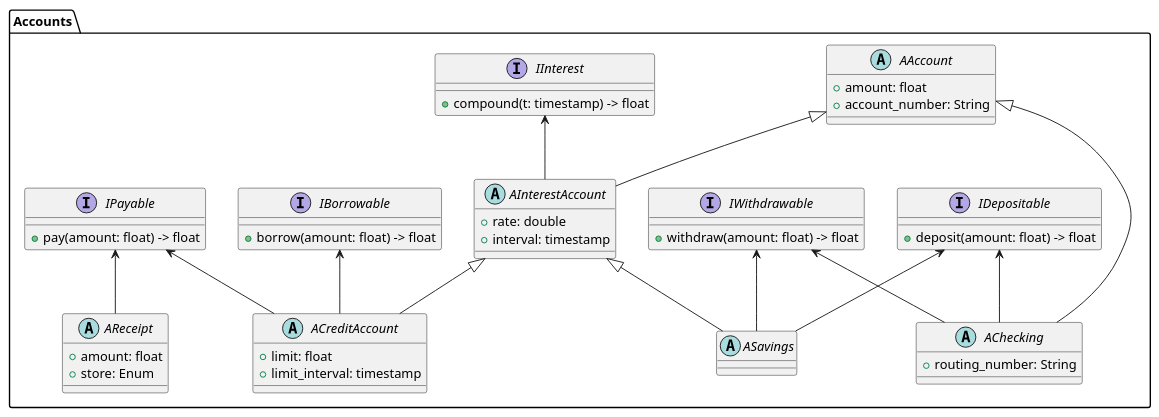
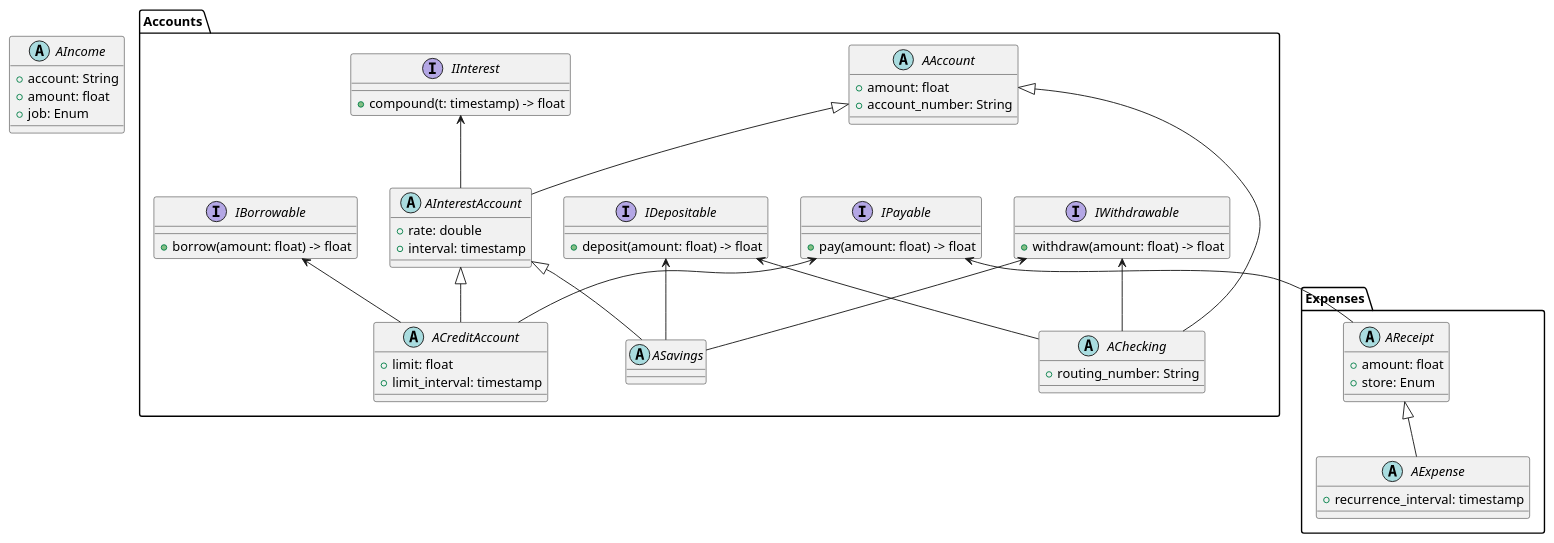
Before and after one commit to aaron-jencks/budget_LabVIEW: the diagram in object_model.puml, drawn with PlantUML. The commit also changed 1 other file, not shown here.

```diff
--- a/object_model.puml
+++ b/object_model.puml
@@ -1,66 +1,80 @@
 @startuml
 package Accounts {
     interface IDepositable {
     + deposit(amount: float) -> float
     }
 
     interface IWithdrawable {
     + withdraw(amount: float) -> float
     }
 
     interface IPayable {
     + pay(amount: float) -> float
     }
 
     interface IBorrowable {
     + borrow(amount: float) -> float
     }
 
     abstract class AAccount {
     + amount: float
     + account_number: String
     }
 
     interface IInterest {
     + compound(t: timestamp) -> float
     }
 
     abstract class AInterestAccount {
     + rate: double
     + interval: timestamp
     }
 
     IInterest <-- AInterestAccount
     AAccount <|-- AInterestAccount
 
     abstract class ACreditAccount {
     + limit: float
     + limit_interval: timestamp
     }
 
     IBorrowable <-- ACreditAccount
     IPayable <-- ACreditAccount
     AInterestAccount <|-- ACreditAccount
 
     abstract class ASavings {
     }
 
     IDepositable <-- ASavings
     IWithdrawable <-- ASavings
     AInterestAccount <|-- ASavings
 
     abstract class AChecking {
     + routing_number: String
     }
 
     IDepositable <-- AChecking
     IWithdrawable <-- AChecking
     AAccount <|-- AChecking
+}
 
+package Expenses {
     abstract class AReceipt {
     + amount: float
     + store: Enum
     }
     IPayable <-- AReceipt
+
+    abstract class AExpense {
+    + recurrence_interval: timestamp
+    }
+
+    AReceipt <|-- AExpense
+}
+
+abstract class AIncome {
++ account: String
++ amount: float
++ job: Enum
 }
 @enduml
```
